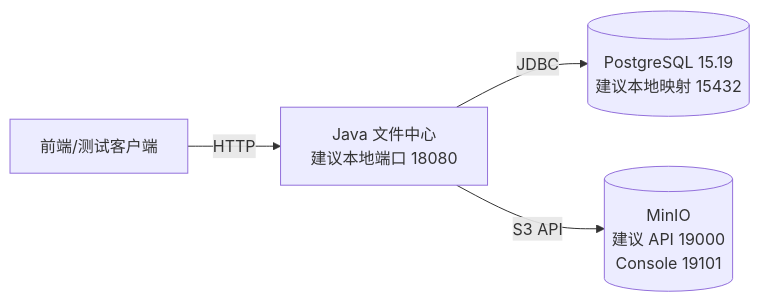
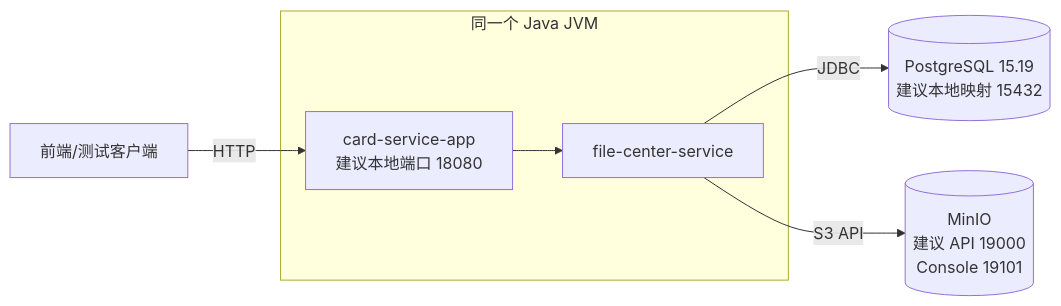
Before and after one commit to crudboy008/file-center-service: the diagram in docs/V0.1.0/hld/HLD-002-V0.1.0部署与运行剖面.md, drawn with Mermaid. The commit also changed other lines of this file and 8 other files, not shown here.

````diff
--- a/docs/V0.1.0/hld/HLD-002-V0.1.0部署与运行剖面.md
+++ b/docs/V0.1.0/hld/HLD-002-V0.1.0部署与运行剖面.md
@@ -29,6 +29,9 @@
 ```mermaid
 flowchart LR
-    CLIENT[前端/测试客户端] -->|HTTP| APP[Java 文件中心<br/>建议本地端口 18080]
-    APP -->|JDBC| PG[(PostgreSQL 15.19<br/>建议本地映射 15432)]
-    APP -->|S3 API| MINIO[(MinIO<br/>建议 API 19000<br/>Console 19101)]
+    CLIENT[前端/测试客户端] -->|HTTP| APP[card-service-app<br/>建议本地端口 18080]
+    subgraph JVM[同一个 Java JVM]
+        APP --> FILE[file-center-service]
+    end
+    FILE -->|JDBC| PG[(PostgreSQL 15.19<br/>建议本地映射 15432)]
+    FILE -->|S3 API| MINIO[(MinIO<br/>建议 API 19000<br/>Console 19101)]
 ```
````
